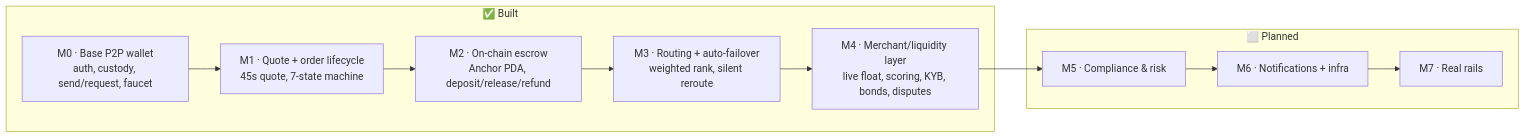
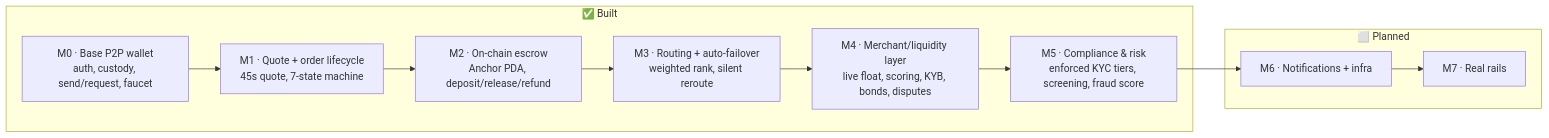
One commit to unabrijed/frenspay changed the diagram in monorepo/docs/12-status-and-roadmap.md. Above: the diagram before and after it, drawn with Mermaid. The commit also changed other lines of this file and 9 other files, not shown here.

First line of the commit message:
docs: refresh to M5 ✅ (KYC enforced + screening); regenerate PDF

````diff
--- a/monorepo/docs/12-status-and-roadmap.md
+++ b/monorepo/docs/12-status-and-roadmap.md
@@ -8,16 +8,16 @@
 ```mermaid
 flowchart LR
     subgraph done["✅ Built"]
       M0["M0 · Base P2P wallet<br/>auth, custody, send/request, faucet"]
       M1["M1 · Quote + order lifecycle<br/>45s quote, 7-state machine"]
       M2["M2 · On-chain escrow<br/>Anchor PDA, deposit/release/refund"]
       M3["M3 · Routing + auto-failover<br/>weighted rank, silent reroute"]
       M4["M4 · Merchant/liquidity layer<br/>live float, scoring, KYB, bonds, disputes"]
+      M5["M5 · Compliance & risk<br/>enforced KYC tiers, screening, fraud score"]
     end
     subgraph planned["⬜ Planned"]
-      M5["M5 · Compliance & risk"]
       M6["M6 · Notifications + infra"]
       M7["M7 · Real rails"]
     end
     M0 --> M1 --> M2 --> M3 --> M4 --> M5 --> M6 --> M7
 ```
````
